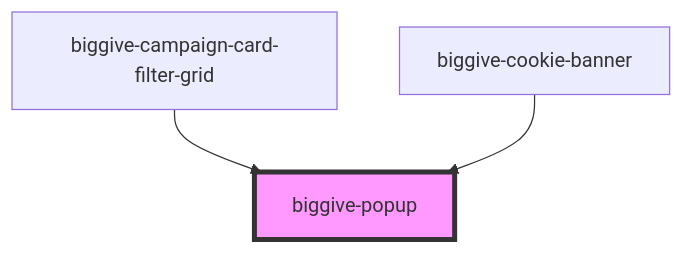
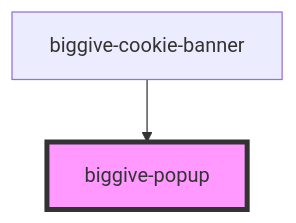
Before and after one commit to thebiggive/components: the diagram in src/components/biggive-popup/readme.md, drawn with Mermaid. The commit also changed other lines of this file and 9 other files, not shown here.

First line of the commit message:
SO-78: Remove biggive campaign filter grid componenent

````diff
--- a/src/components/biggive-popup/readme.md
+++ b/src/components/biggive-popup/readme.md
@@ -46,6 +45,5 @@
 ```mermaid
 graph TD;
-  biggive-campaign-card-filter-grid --> biggive-popup
   biggive-cookie-banner --> biggive-popup
   style biggive-popup fill:#f9f,stroke:#333,stroke-width:4px
 ```
````
